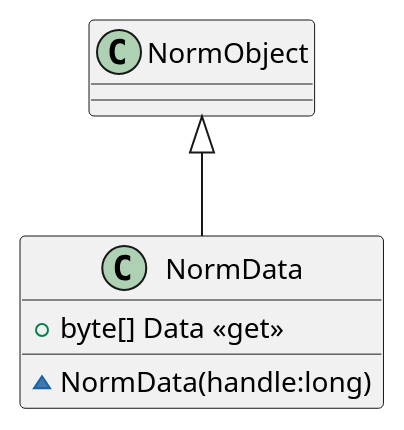
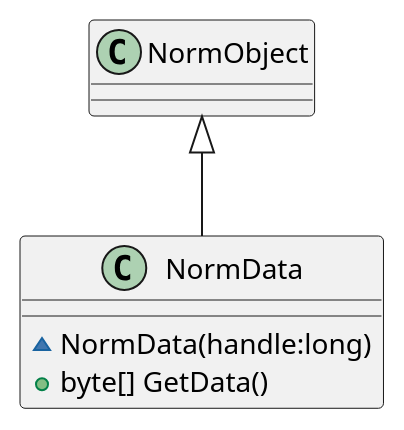
One commit to USNavalResearchLaboratory/norm changed the diagram in src/dotnet/design/Mil/Navy/Nrl/Norm/NormData.puml. Above: the diagram before and after it, drawn with PlantUML. The commit also changed 2 other files, not shown here.

Commit message:
NormData Refactor (#30)
* Switched NormData Data property to a method

* Corrected NormData summary comment

* Updated NormData GetData to use Marshal.Copy

* Fixed warnings

* Updated NormData design

```diff
--- a/src/dotnet/design/Mil/Navy/Nrl/Norm/NormData.puml
+++ b/src/dotnet/design/Mil/Navy/Nrl/Norm/NormData.puml
@@ -1,7 +1,7 @@
 @startuml
 class NormData {
     ~ NormData(handle:long)
-    + byte[] Data <<get>>   
+    + byte[] GetData()
 }
 NormObject <|-- NormData
 @enduml
```
